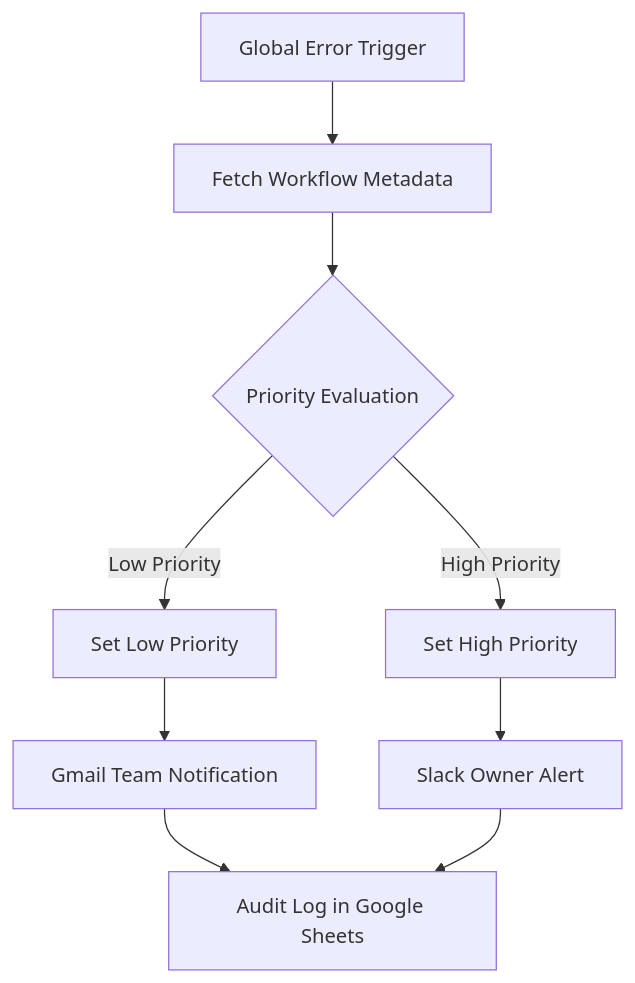
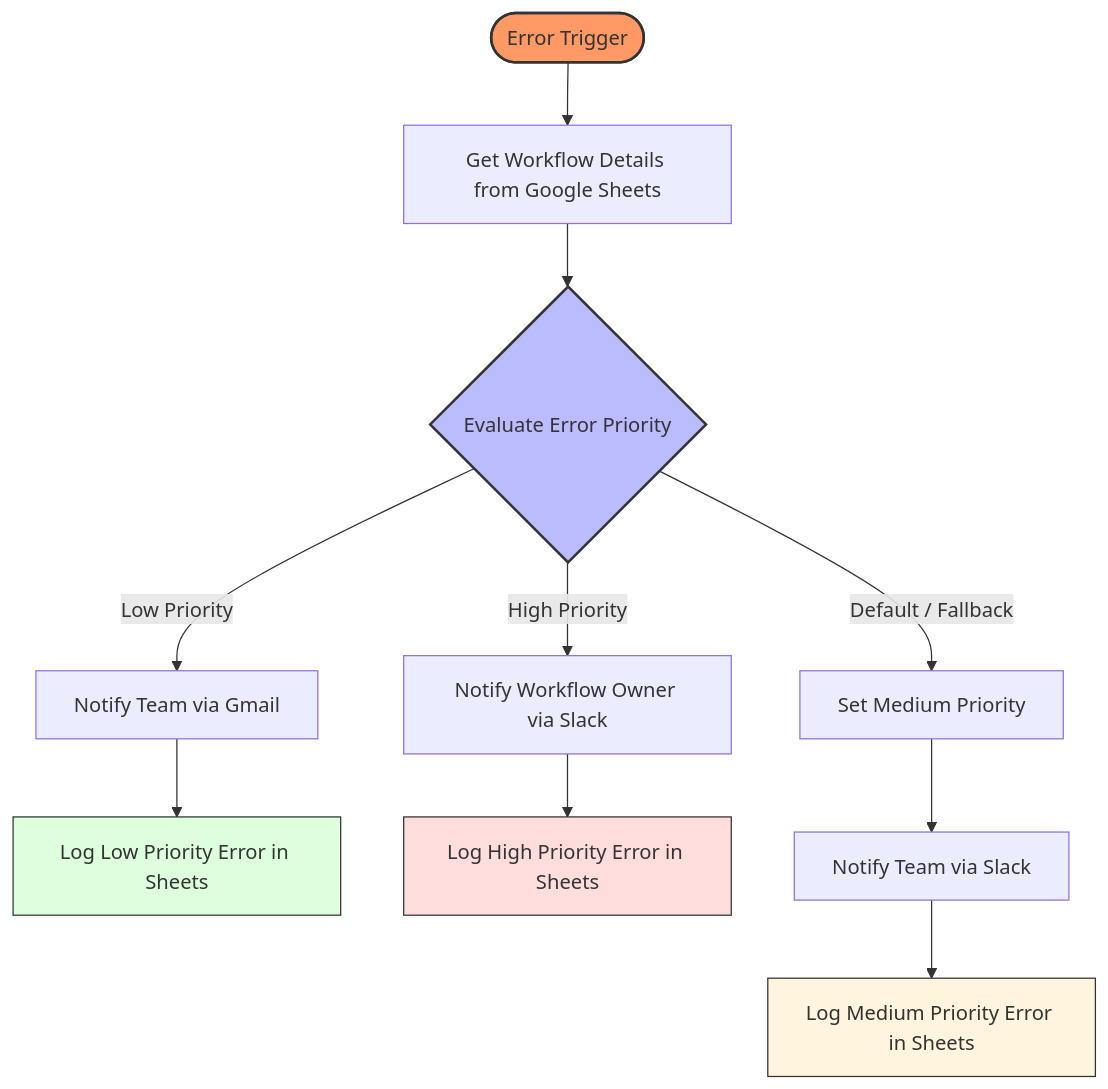
The diagram in Error Handling Workflow/README.md (Pavithra-Sadheeshkumar/N8N-Automation), drawn with Mermaid before and after one commit. The commit also changed other lines of this file, not shown here.

````diff
--- a/Error Handling Workflow/README.md
+++ b/Error Handling Workflow/README.md
@@ -29,14 +31,29 @@
 ```mermaid
-graph TD
-    A[Global Error Trigger] --> B[Fetch Workflow Metadata]
-    B --> C{Priority Evaluation}
 
-    C -->|Low Priority| D[Set Low Priority]
-    C -->|High Priority| E[Set High Priority]
+  graph TD
+    %% Start of the Error Handler
+    Start([Error Trigger]) --> GetDetails[Get Workflow Details from Google Sheets]
+    
+    %% Priority Evaluation Logic
+    GetDetails --> Priority{Evaluate Error Priority}
 
-    D --> F[Gmail Team Notification]
-    E --> G[Slack Owner Alert]
+    %% Low Priority Branch
+    Priority -- Low Priority --> Gmail[Notify Team via Gmail]
+    Gmail --> LogLow[Log Low Priority Error in Sheets]
 
-    F --> H[Audit Log in Google Sheets]
-    G --> H
+    %% High Priority Branch
+    Priority -- High Priority --> SlackOwner[Notify Workflow Owner via Slack]
+    SlackOwner --> LogHigh[Log High Priority Error in Sheets]
+
+    %% Default/Medium Branch
+    Priority -- Default / Fallback --> SetMed[Set Medium Priority]
+    SetMed --> SlackTeam[Notify Team via Slack]
+    SlackTeam --> LogMed[Log Medium Priority Error in Sheets]
+
+    %% Styling for clarity
+    style Start fill:#f96,stroke:#333,stroke-width:2px
+    style Priority fill:#bbf,stroke:#333,stroke-width:2px
+    style LogLow fill:#dfd,stroke:#333
+    style LogHigh fill:#fdd,stroke:#333
+    style LogMed fill:#fff4dd,stroke:#333
 ```
````
